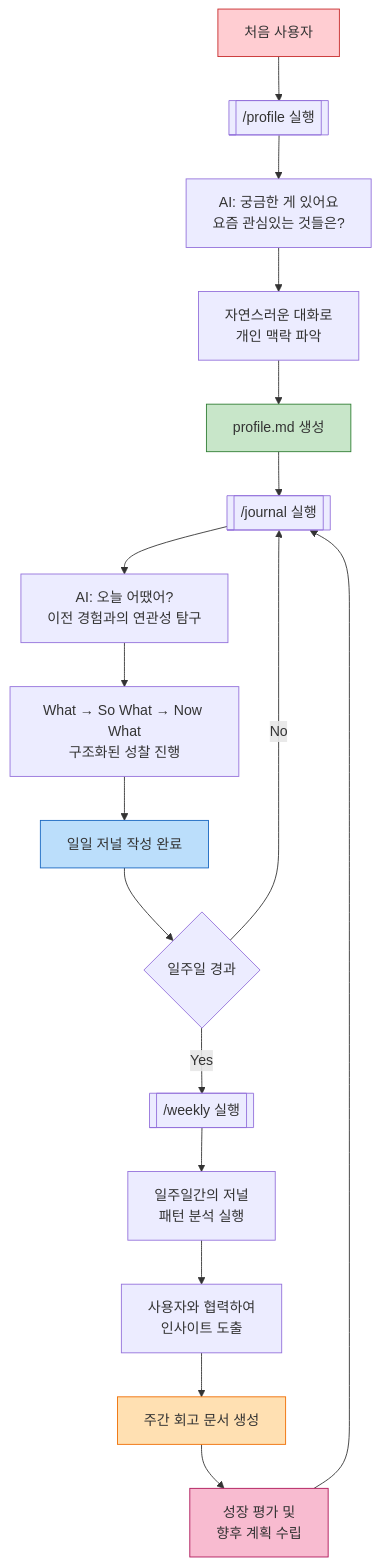
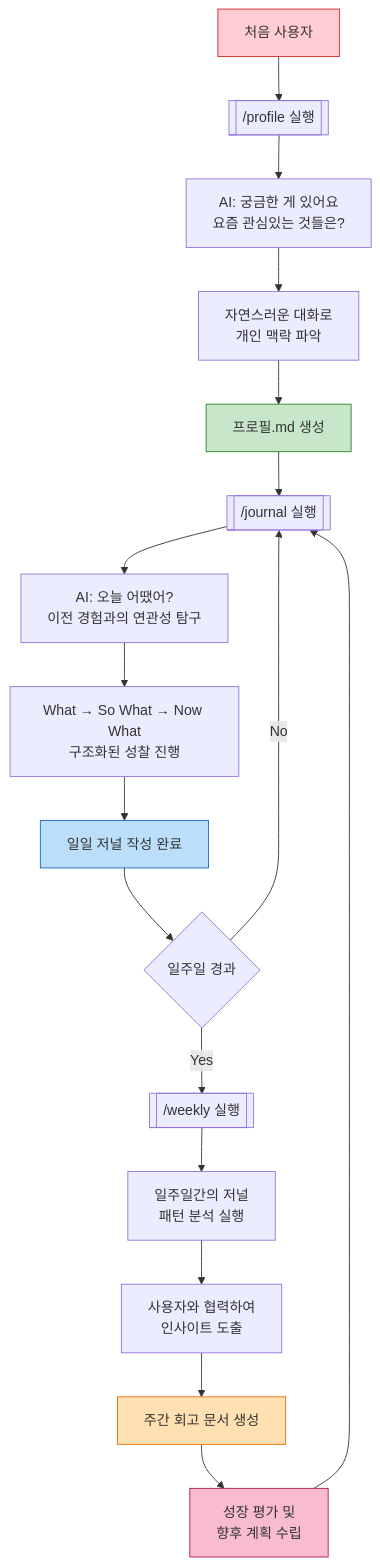
Before and after one commit to hoetaek/reflective-conversational-journal: the first of 4 diagrams in README.md, drawn with Mermaid. The commit also changed other lines of this file and 5 other files, not shown here.

````diff
--- a/README.md
+++ b/README.md
@@ -322,33 +322,33 @@
 ```mermaid
 flowchart TD
     %% Profile Flow
     A[처음 사용자] --> B[[/profile 실행]]
     B --> C[AI: 궁금한 게 있어요<br/>요즘 관심있는 것들은?]
     C --> D[자연스러운 대화로<br/>개인 맥락 파악]
-    D --> E[profile.md 생성]
+    D --> E[프로필.md 생성]
 
     %% Daily Journal Flow
     E --> F[[/journal 실행]]
     F --> G[AI: 오늘 어땠어?<br/>이전 경험과의 연관성 탐구]
     G --> H[What → So What → Now What<br/>구조화된 성찰 진행]
     H --> I[일일 저널 작성 완료]
 
     %% Weekly Review Flow
     I --> J{일주일 경과}
     J -->|Yes| K[[/weekly 실행]]
     J -->|No| F
 
     K --> L[일주일간의 저널<br/>패턴 분석 실행]
     L --> M[사용자와 협력하여<br/>인사이트 도출]
     M --> N[주간 회고 문서 생성]
     N --> O[성장 평가 및<br/>향후 계획 수립]
 
     O --> F
 
     %% Styles
     style A fill:#ffcdd2,stroke:#c62828,stroke-width:1px
     style E fill:#c8e6c9,stroke:#2e7d32,stroke-width:1px
     style I fill:#bbdefb,stroke:#1565c0,stroke-width:1px
     style N fill:#ffe0b2,stroke:#ef6c00,stroke-width:1px
     style O fill:#f8bbd0,stroke:#ad1457,stroke-width:1px
 ```
````
